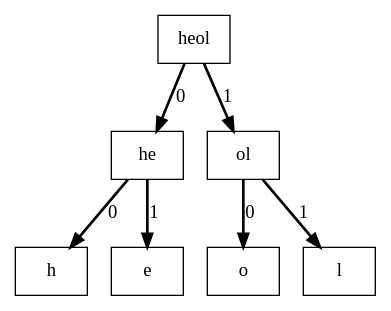
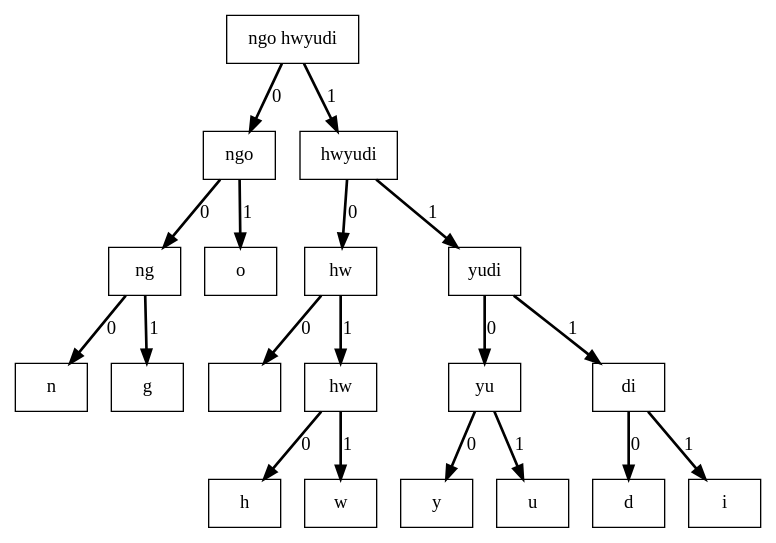
The diagram in tree.dot (FrancescoMorri/huffman-visualizer), drawn with Graphviz before and after one commit. The commit also changed 4 other files, not shown here.

Commit message:
graphviz not working again

```diff
--- a/tree.dot
+++ b/tree.dot
@@ -1,15 +1,39 @@
 digraph tree {
-    "heol" [shape=box];
-    "he" [shape=box];
+    "ngo hwyudi" [shape=box];
+    "ngo" [shape=box];
+    "ng" [shape=box];
+    "n" [shape=box];
+    "g" [shape=box];
+    "o" [shape=box];
+    " hwyudi" [shape=box];
+    " hw" [shape=box];
+    " " [shape=box];
+    "hw" [shape=box];
     "h" [shape=box];
-    "e" [shape=box];
-    "ol" [shape=box];
-    "o" [shape=box];
-    "l" [shape=box];
-    "heol" -> "he" [style=bold,label=0];
-    "heol" -> "ol" [style=bold,label=1];
-    "he" -> "h" [style=bold,label=0];
-    "he" -> "e" [style=bold,label=1];
-    "ol" -> "o" [style=bold,label=0];
-    "ol" -> "l" [style=bold,label=1];
+    "w" [shape=box];
+    "yudi" [shape=box];
+    "yu" [shape=box];
+    "y" [shape=box];
+    "u" [shape=box];
+    "di" [shape=box];
+    "d" [shape=box];
+    "i" [shape=box];
+    "ngo hwyudi" -> "ngo" [style=bold,label=0];
+    "ngo hwyudi" -> " hwyudi" [style=bold,label=1];
+    "ngo" -> "ng" [style=bold,label=0];
+    "ngo" -> "o" [style=bold,label=1];
+    "ng" -> "n" [style=bold,label=0];
+    "ng" -> "g" [style=bold,label=1];
+    " hwyudi" -> " hw" [style=bold,label=0];
+    " hwyudi" -> "yudi" [style=bold,label=1];
+    " hw" -> " " [style=bold,label=0];
+    " hw" -> "hw" [style=bold,label=1];
+    "hw" -> "h" [style=bold,label=0];
+    "hw" -> "w" [style=bold,label=1];
+    "yudi" -> "yu" [style=bold,label=0];
+    "yudi" -> "di" [style=bold,label=1];
+    "yu" -> "y" [style=bold,label=0];
+    "yu" -> "u" [style=bold,label=1];
+    "di" -> "d" [style=bold,label=0];
+    "di" -> "i" [style=bold,label=1];
 }
```
